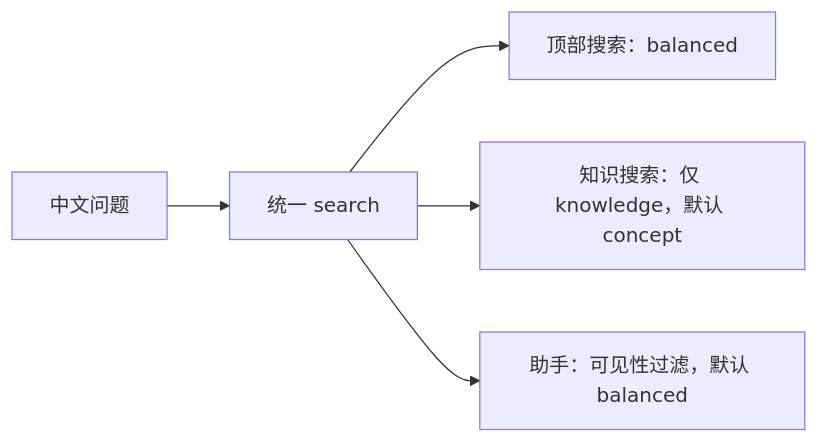
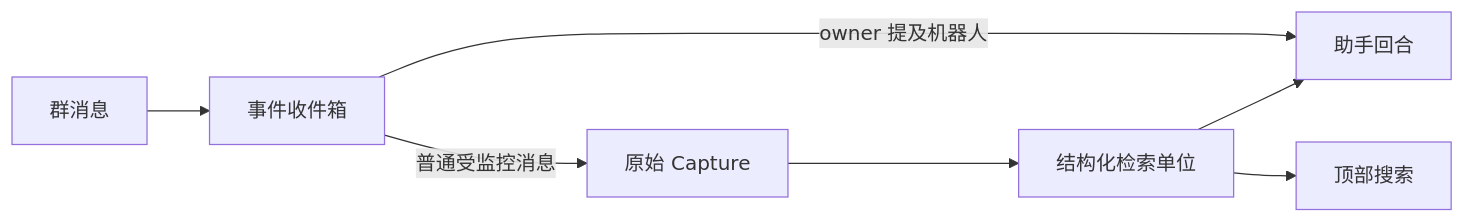
The diagram in .repo-review/knowledge/articles/c7ef9ab86227b21952d1f3567bf0ff43a7d5e858dd8fb114a0775b4a78d08de5.md (lejunyang/omem), drawn with Mermaid before and after one commit. The commit also changed other lines of this file and 1 other file, not shown here.

Commit message:
docs(knowledge): publish end-to-end retrieval and RAG guide

````diff
--- a/.repo-review/knowledge/articles/c7ef9ab86227b21952d1f3567bf0ff43a7d5e858dd8fb114a0775b4a78d08de5.md
+++ b/.repo-review/knowledge/articles/c7ef9ab86227b21952d1f3567bf0ff43a7d5e858dd8fb114a0775b4a78d08de5.md
@@ -21,7 +14,9 @@
 ```mermaid
 flowchart LR
-  Q[中文问题] --> R[统一 search]
-  R --> G[顶部搜索：balanced]
-  R --> K[知识搜索：仅 knowledge，默认 concept]
-  R --> A[助手：可见性过滤，默认 balanced]
+  A[群消息] --> B[事件收件箱]
+  B -->|owner 提及机器人| C[助手回合]
+  B -->|普通受监控消息| D[原始 Capture]
+  D --> E[结构化检索单位]
+  E --> F[顶部搜索]
+  E --> C
 ```
````
